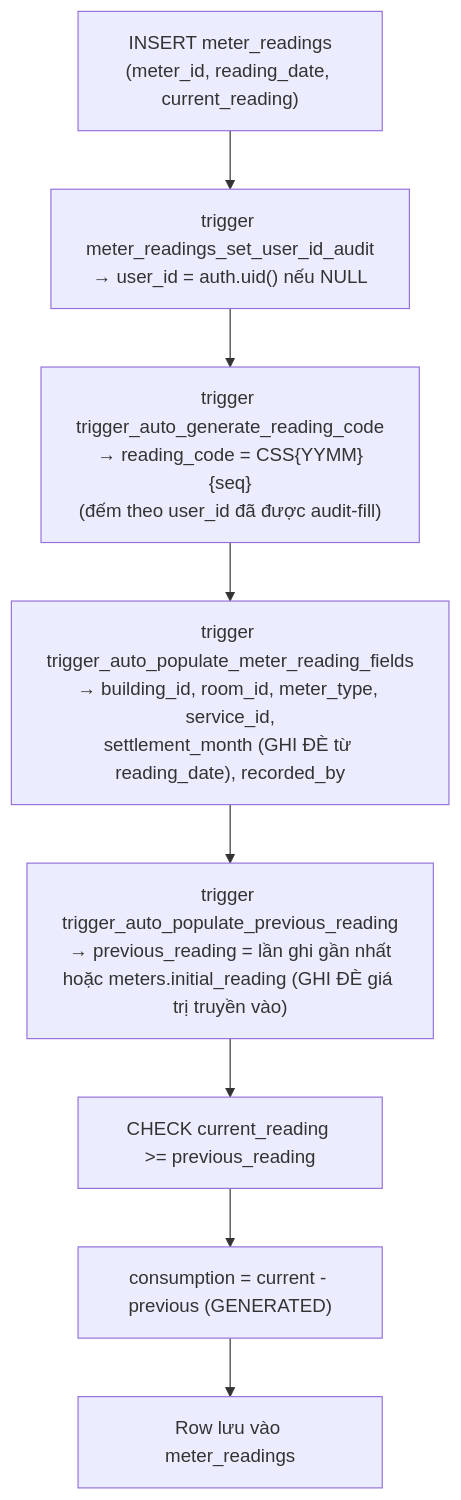
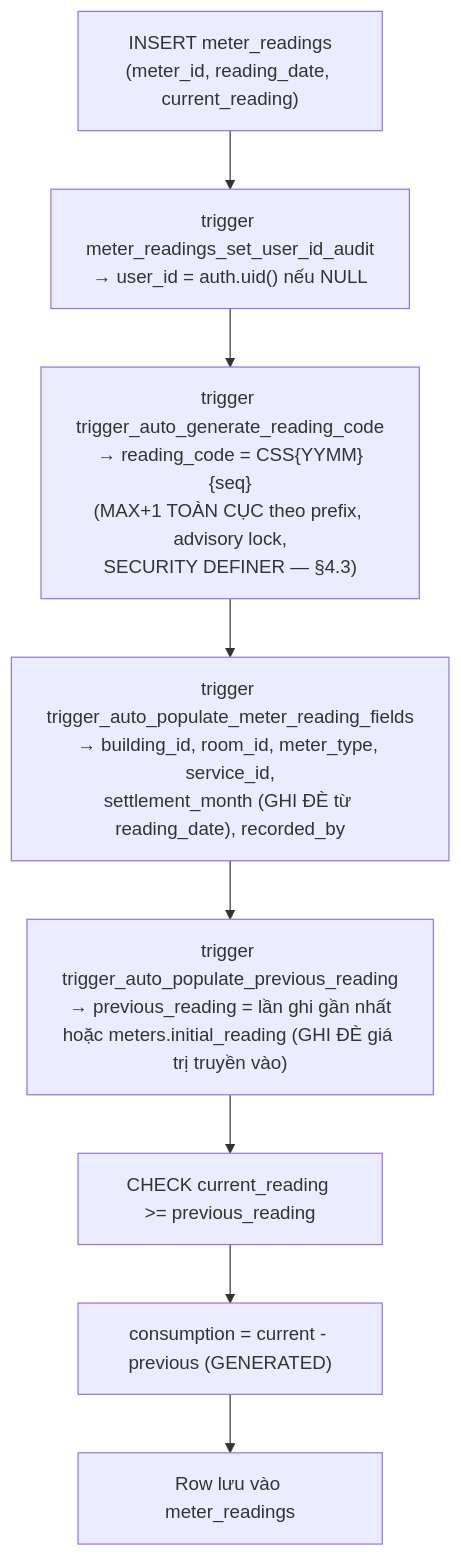
One commit to zxGreenxz/whiteboard-ihomecrm changed the second of 3 diagrams in docs/he-thong/06-cong-to-chi-so.md. Above: the diagram before and after it, drawn with Mermaid. The commit also changed other lines of this file and 20 other files, not shown here.

First line of the commit message:
docs(he-thong): đại tu toàn bộ 21 file — khớp code 2026-07-03 + 2 doc mới (17 lương, 18 Zalo)

````diff
--- a/docs/he-thong/06-cong-to-chi-so.md
+++ b/docs/he-thong/06-cong-to-chi-so.md
@@ -131,10 +131,10 @@
 ```mermaid
 flowchart TD
     A["INSERT meter_readings<br/>(meter_id, reading_date, current_reading)"] --> B0["trigger meter_readings_set_user_id_audit<br/>→ user_id = auth.uid() nếu NULL"]
-    B0 --> D["trigger trigger_auto_generate_reading_code<br/>→ reading_code = CSS{YYMM}{seq}<br/>(đếm theo user_id đã được audit-fill)"]
+    B0 --> D["trigger trigger_auto_generate_reading_code<br/>→ reading_code = CSS{YYMM}{seq}<br/>(MAX+1 TOÀN CỤC theo prefix, advisory lock,<br/>SECURITY DEFINER — §4.3)"]
     D --> B["trigger trigger_auto_populate_meter_reading_fields<br/>→ building_id, room_id, meter_type, service_id,<br/>settlement_month (GHI ĐÈ từ reading_date), recorded_by"]
     B --> C["trigger trigger_auto_populate_previous_reading<br/>→ previous_reading = lần ghi gần nhất<br/>hoặc meters.initial_reading (GHI ĐÈ giá trị truyền vào)"]
     C --> E["CHECK current_reading >= previous_reading"]
     E --> F["consumption = current - previous (GENERATED)"]
     F --> G["Row lưu vào meter_readings"]
 ```
````
